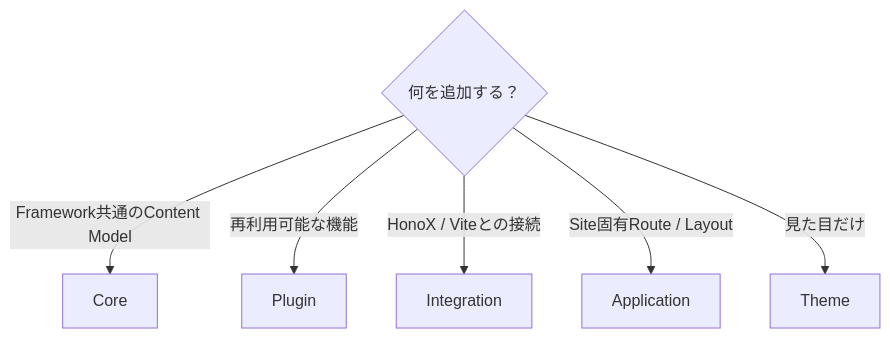
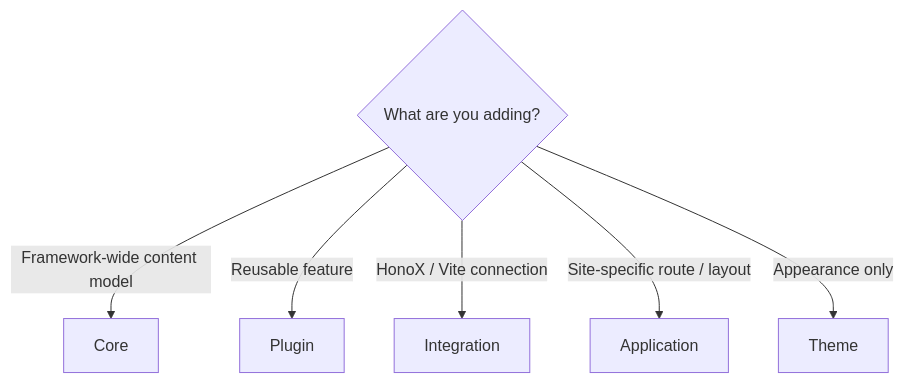
The first of 3 diagrams in docs/docs/framework/plugin-system.md (Rerurate514/riebeckite), drawn with Mermaid before and after one commit. The commit also changed other lines of this file and 604 other files, not shown here.

````diff
--- a/docs/docs/framework/plugin-system.md
+++ b/docs/docs/framework/plugin-system.md
@@ -41,10 +30,10 @@
-```mermaid id="5h0kzp"
+```mermaid
 flowchart TD
-    Q{"何を追加する？"}
+    Q{"What are you adding?"}
 
-    Q -->|"Framework共通のContent Model"| Core["Core"]
-    Q -->|"再利用可能な機能"| Plugin["Plugin"]
-    Q -->|"HonoX / Viteとの接続"| Integration["Integration"]
-    Q -->|"Site固有Route / Layout"| App["Application"]
-    Q -->|"見た目だけ"| Theme["Theme"]
+    Q -->|"Framework-wide content model"| Core["Core"]
+    Q -->|"Reusable feature"| Plugin["Plugin"]
+    Q -->|"HonoX / Vite connection"| Integration["Integration"]
+    Q -->|"Site-specific route / layout"| App["Application"]
+    Q -->|"Appearance only"| Theme["Theme"]
 ```
````
